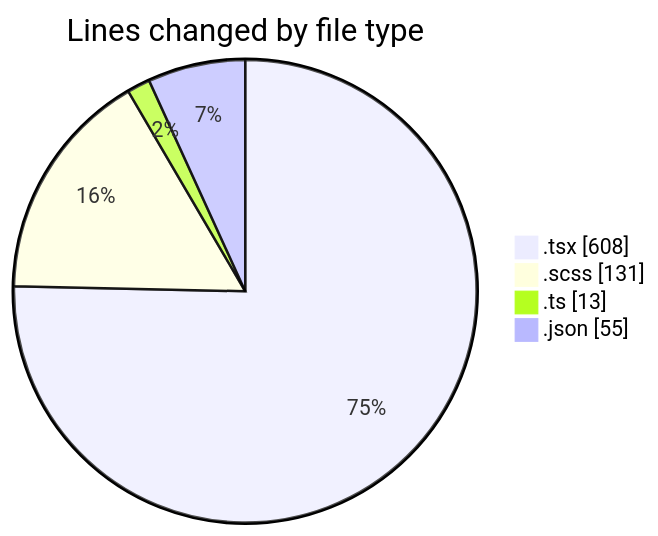
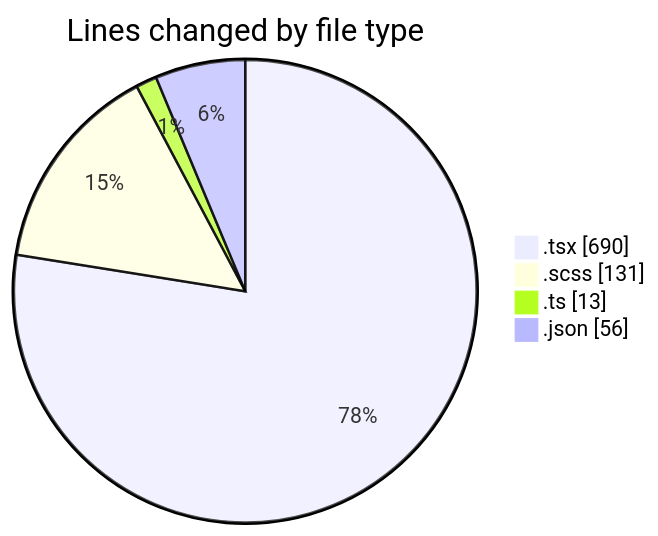
One commit to momahboobian/code-tracking changed the first of 2 diagrams in 2026-10-30/cda/README.md. Above: the diagram before and after it, drawn with Mermaid. The commit also changed other lines of this file and 1 other file, not shown here.

````diff
--- a/2026-10-30/cda/README.md
+++ b/2026-10-30/cda/README.md
@@ -30,8 +31,8 @@
 ```mermaid
 pie showData
 title Lines changed by file type
-".tsx" : 608
+".tsx" : 690
 ".scss" : 131
 ".ts" : 13
-".json" : 55
+".json" : 56
 ```
````
